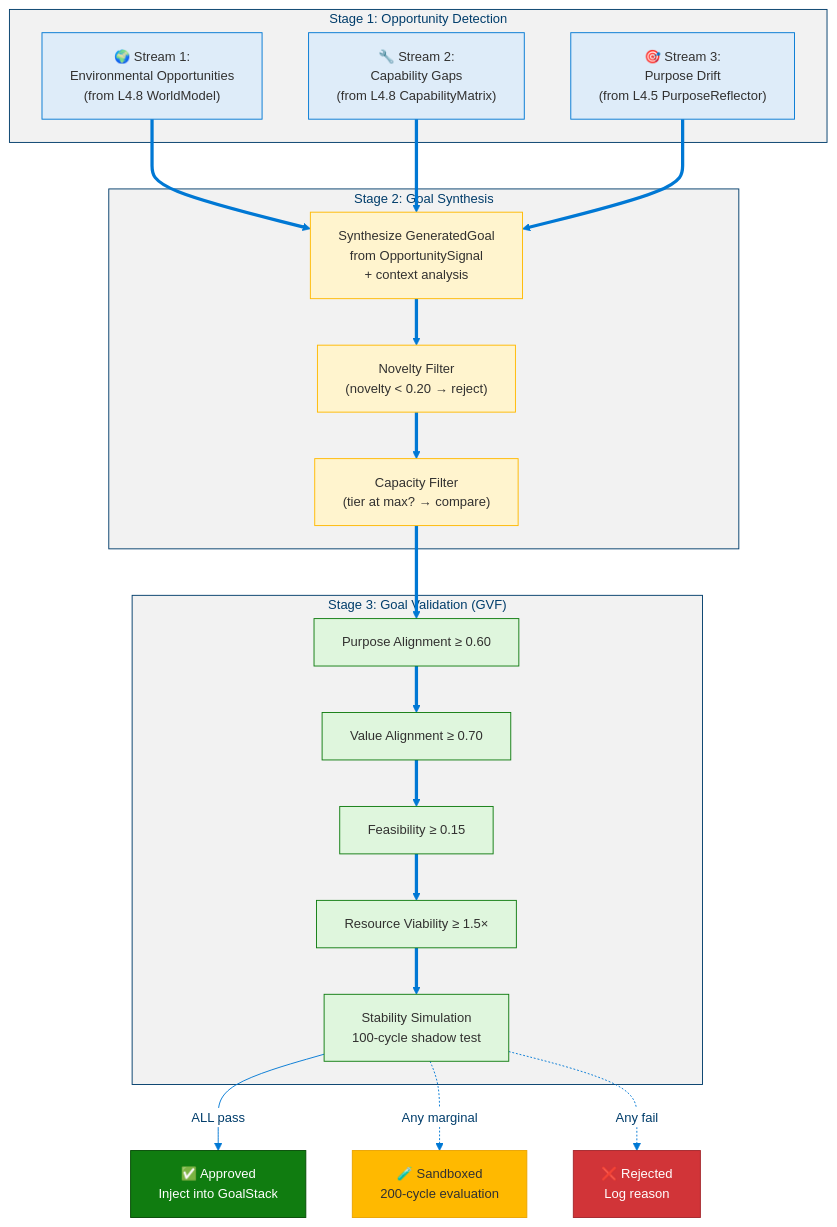
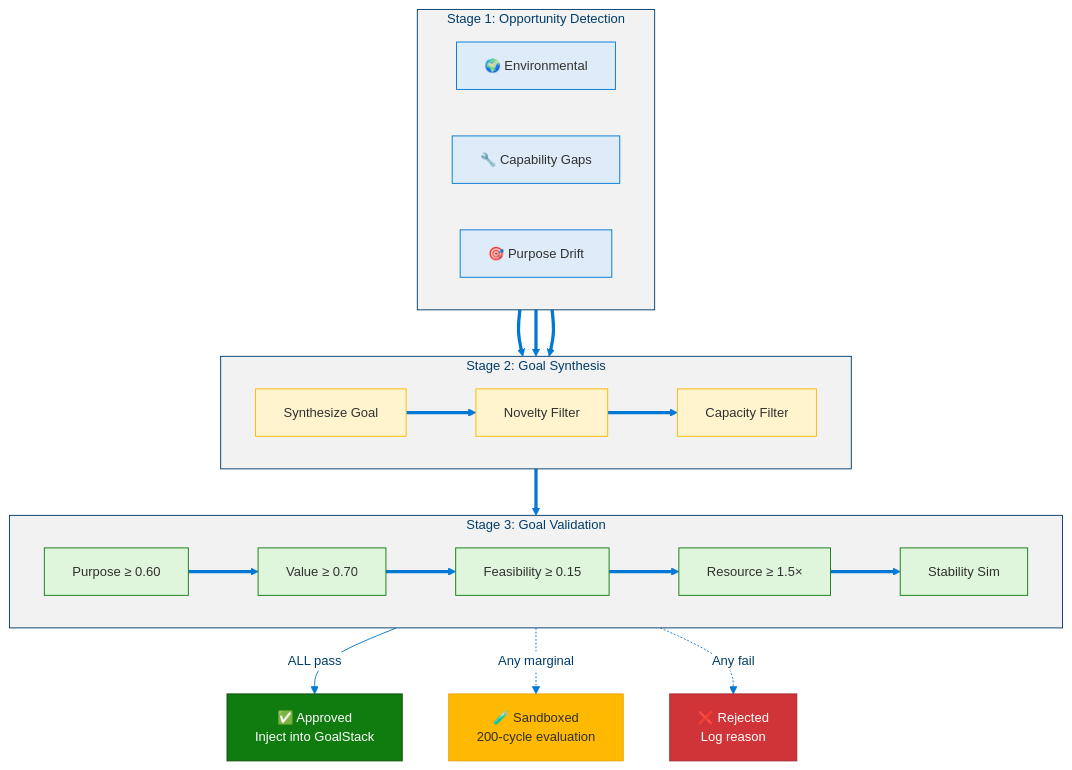
One commit to dotnetpower/mscp changed the fifth of 19 diagrams in docs/levels/Level_4_9_Autonomous_Strategic_Agent.md. Above: the diagram before and after it, drawn with Mermaid. The commit also changed other lines of this file and 10 other files, not shown here.

````diff
--- a/docs/levels/Level_4_9_Autonomous_Strategic_Agent.md
+++ b/docs/levels/Level_4_9_Autonomous_Strategic_Agent.md
@@ -262,43 +267,46 @@
 ```mermaid
 %%{init: {'theme': 'base', 'themeVariables': {'primaryColor': '#0078D4', 'primaryTextColor': '#003D6B', 'primaryBorderColor': '#003D6B', 'secondaryColor': '#50E6FF', 'secondaryTextColor': '#323130', 'secondaryBorderColor': '#00BCF2', 'tertiaryColor': '#F2F2F2', 'tertiaryTextColor': '#323130', 'lineColor': '#0078D4', 'textColor': '#323130', 'mainBkg': '#DEECF9', 'nodeBorder': '#0078D4', 'clusterBkg': '#F2F2F2', 'clusterBorder': '#003D6B', 'titleColor': '#003D6B', 'edgeLabelBackground': '#FFFFFF', 'fontSize': '14px'}}}%%
 flowchart TD
   classDef detect fill:#DEECF9,stroke:#0078D4,color:#323130
   classDef synth fill:#FFF4CE,stroke:#FFB900,color:#323130
   classDef valid fill:#DFF6DD,stroke:#107C10,color:#323130
   classDef approve fill:#107C10,stroke:#054B05,color:#FFF
   classDef sandbox fill:#FFB900,stroke:#EAA300,color:#323130
   classDef reject fill:#D13438,stroke:#A4262C,color:#FFF
 
   subgraph Stage1["Stage 1: Opportunity Detection"]
-    S1A["🌍 Stream 1:<br/>Environmental Opportunities<br/>(from L4.8 WorldModel)"]:::detect
-    S1B["🔧 Stream 2:<br/>Capability Gaps<br/>(from L4.8 CapabilityMatrix)"]:::detect
-    S1C["🎯 Stream 3:<br/>Purpose Drift<br/>(from L4.5 PurposeReflector)"]:::detect
+    direction LR
+    S1A["🌍 Environmental"]:::detect
+    S1B["🔧 Capability Gaps"]:::detect
+    S1C["🎯 Purpose Drift"]:::detect
   end
 
   subgraph Stage2["Stage 2: Goal Synthesis"]
-    SYN["Synthesize GeneratedGoal<br/>from OpportunitySignal<br/>+ context analysis"]:::synth
-    NOV["Novelty Filter<br/>(novelty < 0.20 → reject)"]:::synth
-    CAP["Capacity Filter<br/>(tier at max? → compare)"]:::synth
+    direction LR
+    SYN["Synthesize Goal"]:::synth
+    NOV["Novelty Filter"]:::synth
+    CAP["Capacity Filter"]:::synth
   end
 
-  subgraph Stage3["Stage 3: Goal Validation (GVF)"]
-    V1["Purpose Alignment ≥ 0.60"]:::valid
-    V2["Value Alignment ≥ 0.70"]:::valid
+  subgraph Stage3["Stage 3: Goal Validation"]
+    direction LR
+    V1["Purpose ≥ 0.60"]:::valid
+    V2["Value ≥ 0.70"]:::valid
     V3["Feasibility ≥ 0.15"]:::valid
-    V4["Resource Viability ≥ 1.5×"]:::valid
-    V5["Stability Simulation<br/>100-cycle shadow test"]:::valid
+    V4["Resource ≥ 1.5×"]:::valid
+    V5["Stability Sim"]:::valid
   end
 
   APPROVE["✅ Approved<br/>Inject into GoalStack"]:::approve
   SANDBOX["🧪 Sandboxed<br/>200-cycle evaluation"]:::sandbox
   REJECT["❌ Rejected<br/>Log reason"]:::reject
 
   S1A ==> SYN
   S1B ==> SYN
   S1C ==> SYN
   SYN ==> NOV ==> CAP
   CAP ==> V1 ==> V2 ==> V3 ==> V4 ==> V5
   V5 -->|"ALL pass"| APPROVE
   V5 -.->|"Any marginal"| SANDBOX
   V5 -.->|"Any fail"| REJECT
 ```
````
